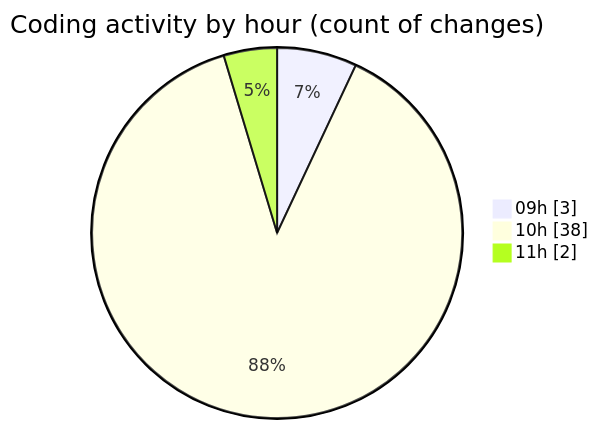
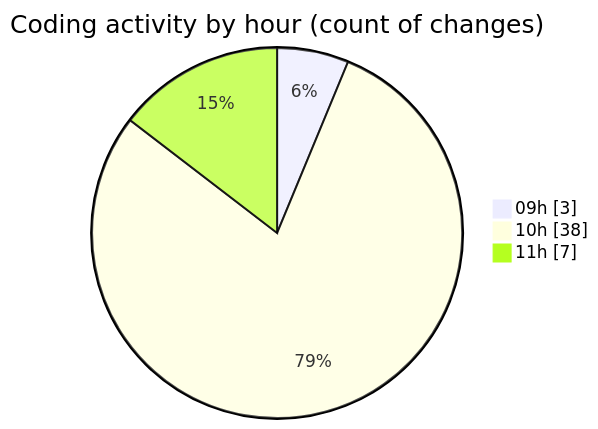
Before and after one commit to momahboobian/code-tracking: the second of 2 diagrams in 2025-11-19/cda/README.md, drawn with Mermaid. The commit also changed other lines of this file and 1 other file, not shown here.

````diff
--- a/2025-11-19/cda/README.md
+++ b/2025-11-19/cda/README.md
@@ -30,7 +30,7 @@
 ```mermaid
 pie showData
 title Coding activity by hour (count of changes)
 "09h" : 3
 "10h" : 38
-"11h" : 2
+"11h" : 7
 ```
````
